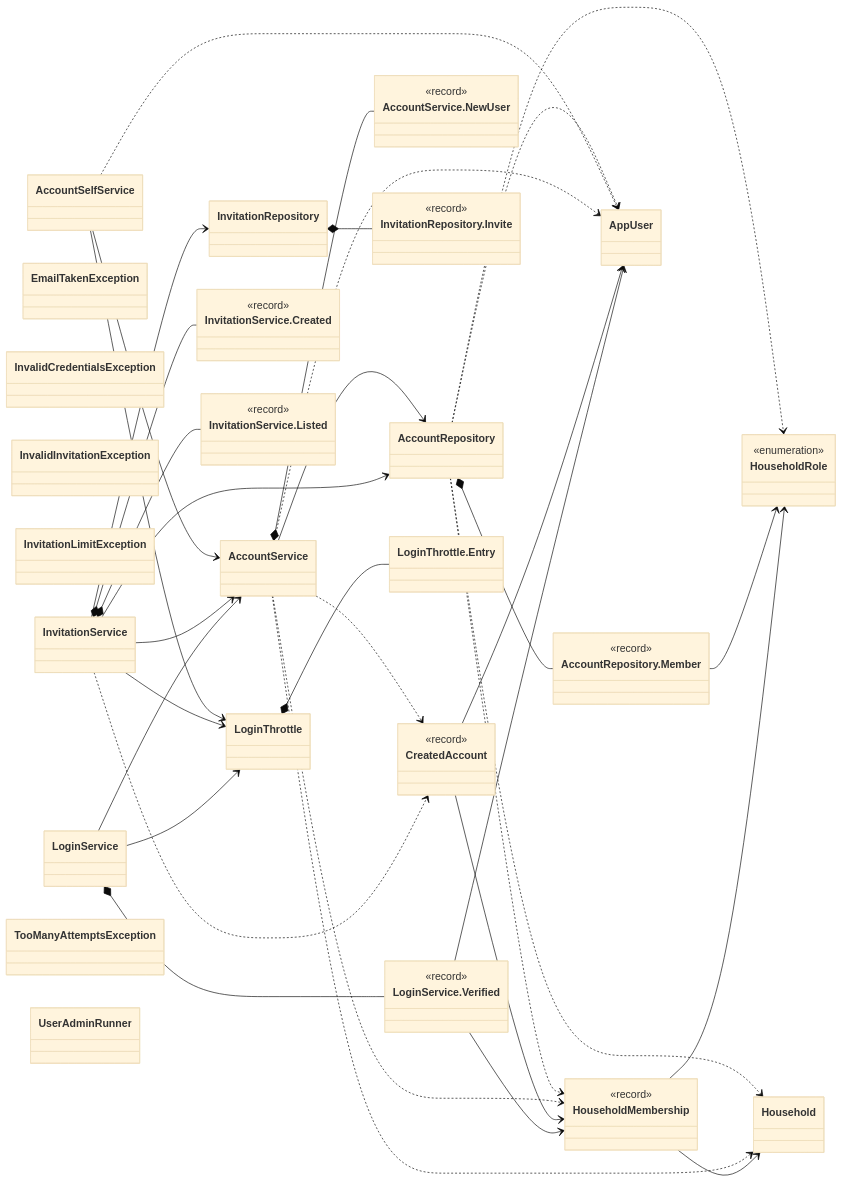
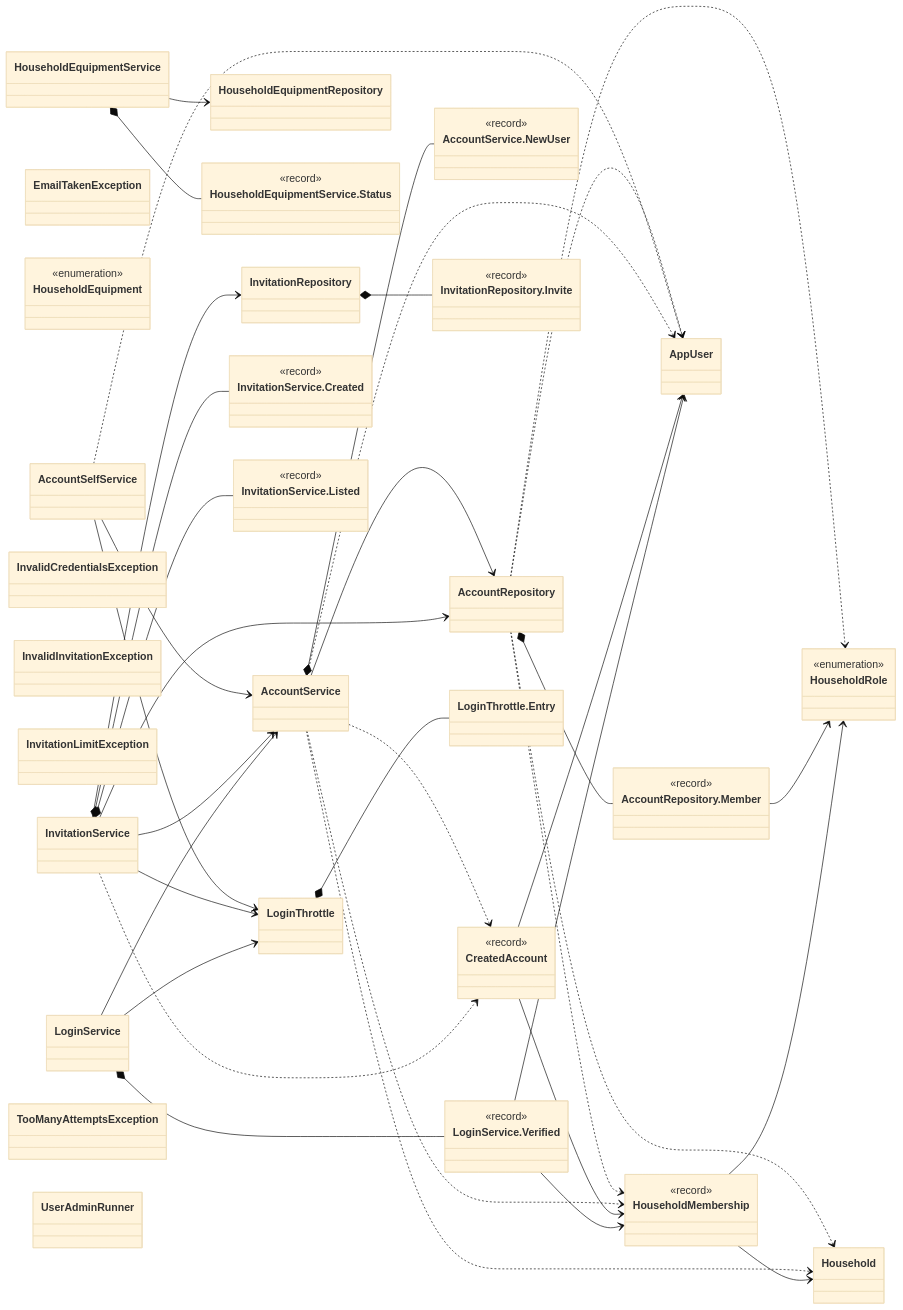
Before and after one commit to Nate-ryan-7690/dahaem: the first of 30 diagrams in docs/classes/auth.md, drawn with Mermaid (base theme). The commit also changed other lines of this file and 5 other files, not shown here.

```diff
--- a/docs/classes/auth.md
+++ b/docs/classes/auth.md
@@ -26,6 +26,14 @@
     }
     class auth_EmailTakenException["EmailTakenException"]
     class auth_Household["Household"]
+    class auth_HouseholdEquipment["HouseholdEquipment"] {
+        <<enumeration>>
+    }
+    class auth_HouseholdEquipmentRepository["HouseholdEquipmentRepository"]
+    class auth_HouseholdEquipmentService["HouseholdEquipmentService"]
+    class auth_HouseholdEquipmentService_Status["HouseholdEquipmentService.Status"] {
+        <<record>>
+    }
     class auth_HouseholdMembership["HouseholdMembership"] {
         <<record>>
     }
@@ -71,6 +79,8 @@
     auth_AccountService ..> auth_Household
     auth_CreatedAccount --> auth_AppUser
     auth_CreatedAccount --> auth_HouseholdMembership
+    auth_HouseholdEquipmentService *-- auth_HouseholdEquipmentService_Status
+    auth_HouseholdEquipmentService --> auth_HouseholdEquipmentRepository
     auth_HouseholdMembership --> auth_Household
     auth_HouseholdMembership --> auth_HouseholdRole
     auth_InvitationRepository *-- auth_InvitationRepository_Invite
```
